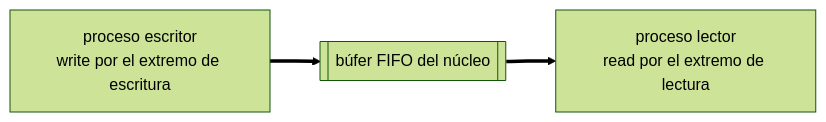
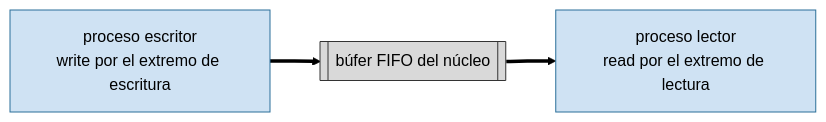
One commit to asiermarzo/ssoo changed the first of 3 diagrams in TEORIA/07-ipc-pipes-y-fifos/README.md. Above: the diagram before and after it, drawn with Mermaid (forest theme). The commit also changed other lines of this file and 25 other files, not shown here.

Commit message:
refinado de diagramas mermaid y svg

````diff
--- a/TEORIA/07-ipc-pipes-y-fifos/README.md
+++ b/TEORIA/07-ipc-pipes-y-fifos/README.md
@@ -16,5 +16,10 @@
 ```mermaid
 flowchart LR
     W["proceso escritor<br/>write por el extremo de escritura"] ==> BUF[["búfer FIFO del núcleo"]]
     BUF ==> R["proceso lector<br/>read por el extremo de lectura"]
+
+    classDef proceso fill:#cfe2f3,stroke:#2b6f99,color:#000;
+    classDef nucleo fill:#d9d9d9,stroke:#333,color:#000;
+    class W,R proceso;
+    class BUF nucleo;
 ```
````
